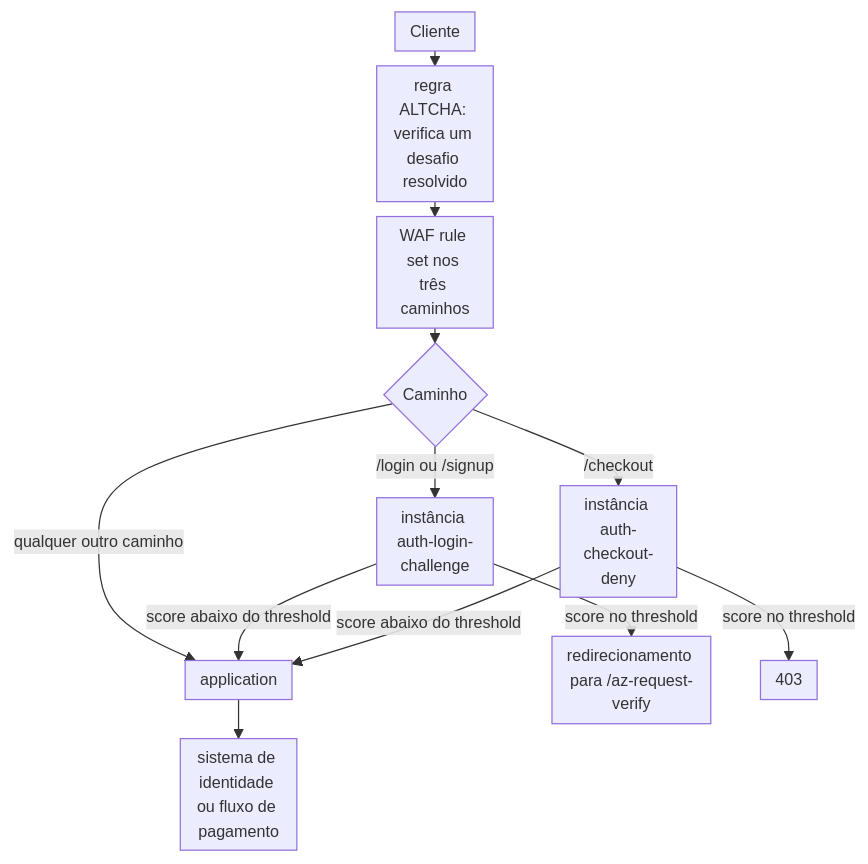
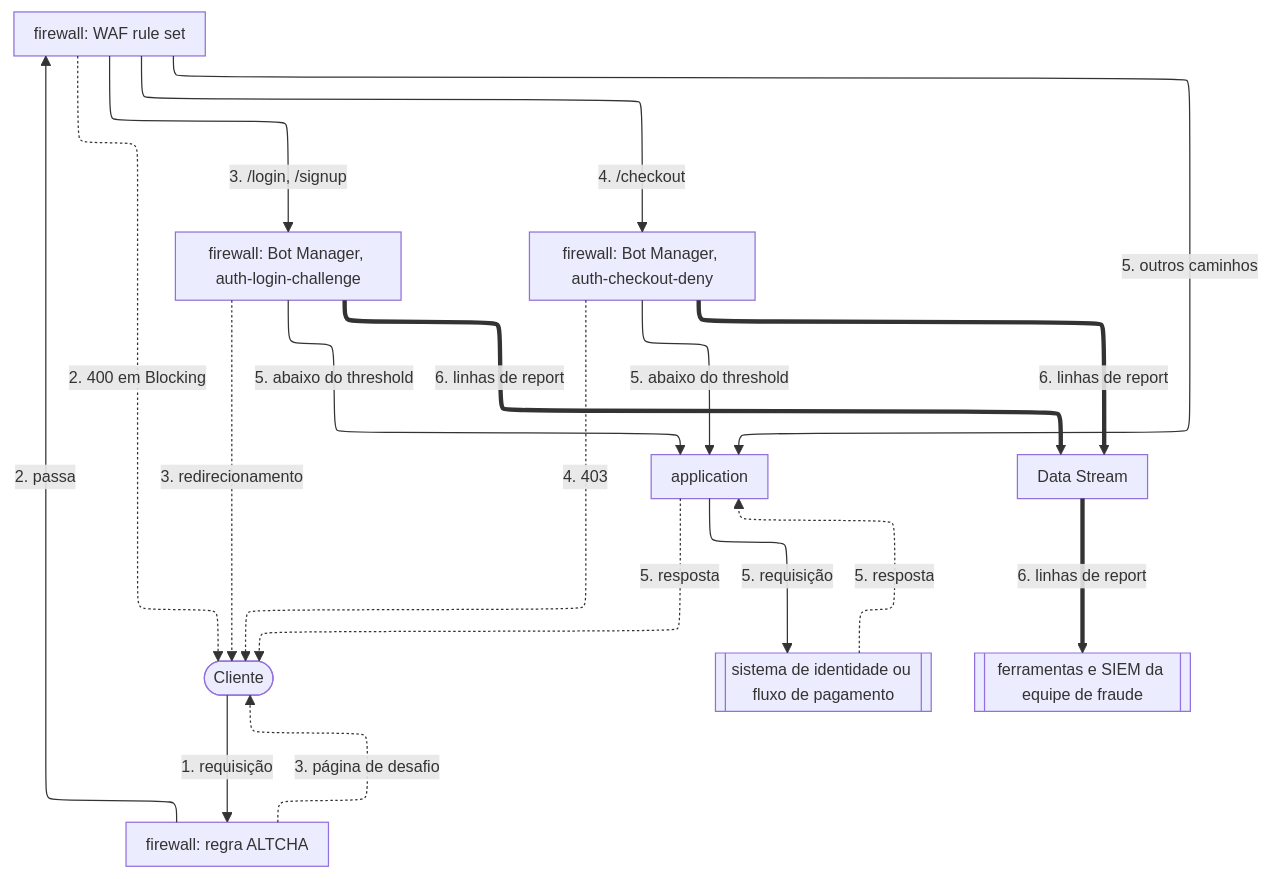
Before and after one commit to aziontech/docs: the diagram in apps/docs/src/content/docs/pt-br/pages/arquiteturas/edge-firewall/prevencao-fraude-online.mdx, drawn with Mermaid. The commit also changed other lines of this file and 179 other files, not shown here.

Commit message:
docs(diagrams): redraw every other diagram in the use-case diagram style (#2513)

````diff
--- a/apps/docs/src/content/docs/pt-br/pages/arquiteturas/edge-firewall/prevencao-fraude-online.mdx
+++ b/apps/docs/src/content/docs/pt-br/pages/arquiteturas/edge-firewall/prevencao-fraude-online.mdx
@@ -18,15 +20,30 @@
 ```mermaid
-%%{init: {"layout": "dagre", "themeVariables": {"fontSize": "13px"}, "flowchart": {"nodeSpacing": 12, "rankSpacing": 12, "padding": 6, "wrappingWidth": 70, "minNodeWidth": 40, "useMaxWidth": true}}}%%
+%%{init: {"layout": "elk", "elk": {"cycleBreakingStrategy": "MODEL_ORDER"}, "themeVariables": {"fontSize": "13px"}, "flowchart": {"nodeSpacing": 24, "rankSpacing": 36, "padding": 8, "wrappingWidth": 150, "useMaxWidth": true}, "sequence": {"width": 120, "actorMargin": 30, "useMaxWidth": true}}}%%
 flowchart TD
-  Client["Cliente"] --> ALTCHA["regra ALTCHA: verifica um desafio resolvido"]
-  ALTCHA --> WAF["WAF rule set nos três caminhos"]
-  WAF --> Path{"Caminho"}
-  Path -->|"/login ou /signup"| Login["instância auth-login-challenge"]
-  Path -->|"/checkout"| Checkout["instância auth-checkout-deny"]
-  Path -->|"qualquer outro caminho"| App["application"]
-  Login -->|"score abaixo do threshold"| App
-  Login -->|"score no threshold"| Verify["redirecionamento para /az-request-verify"]
-  Checkout -->|"score abaixo do threshold"| App
-  Checkout -->|"score no threshold"| Deny["403"]
-  App --> Origin["sistema de identidade ou fluxo de pagamento"]
+  Client(["Cliente"])
+  ALTCHA["firewall: regra ALTCHA"]
+  WAF["firewall: WAF rule set"]
+  Login["firewall: Bot Manager, auth-login-challenge"]
+  Checkout["firewall: Bot Manager, auth-checkout-deny"]
+  App["application"]
+  Origin[["sistema de identidade ou fluxo de pagamento"]]
+  DS["Data Stream"]
+  Team[["ferramentas e SIEM da equipe de fraude"]]
+  Client -->|"1. requisição"| ALTCHA
+  ALTCHA -->|"2. passa"| WAF
+  WAF -->|"3. /login, /signup"| Login
+  WAF -->|"4. /checkout"| Checkout
+  WAF -->|"5. outros caminhos"| App
+  Login -->|"5. abaixo do threshold"| App
+  Checkout -->|"5. abaixo do threshold"| App
+  App -->|"5. requisição"| Origin
+  Origin -.->|"5. resposta"| App
+  App -.->|"5. resposta"| Client
+  ALTCHA -.->|"3. página de desafio"| Client
+  WAF -.->|"2. 400 em Blocking"| Client
+  Login -.->|"3. redirecionamento"| Client
+  Checkout -.->|"4. 403"| Client
+  Login ==>|"6. linhas de report"| DS
+  Checkout ==>|"6. linhas de report"| DS
+  DS ==>|"6. linhas de report"| Team
 ```
````
